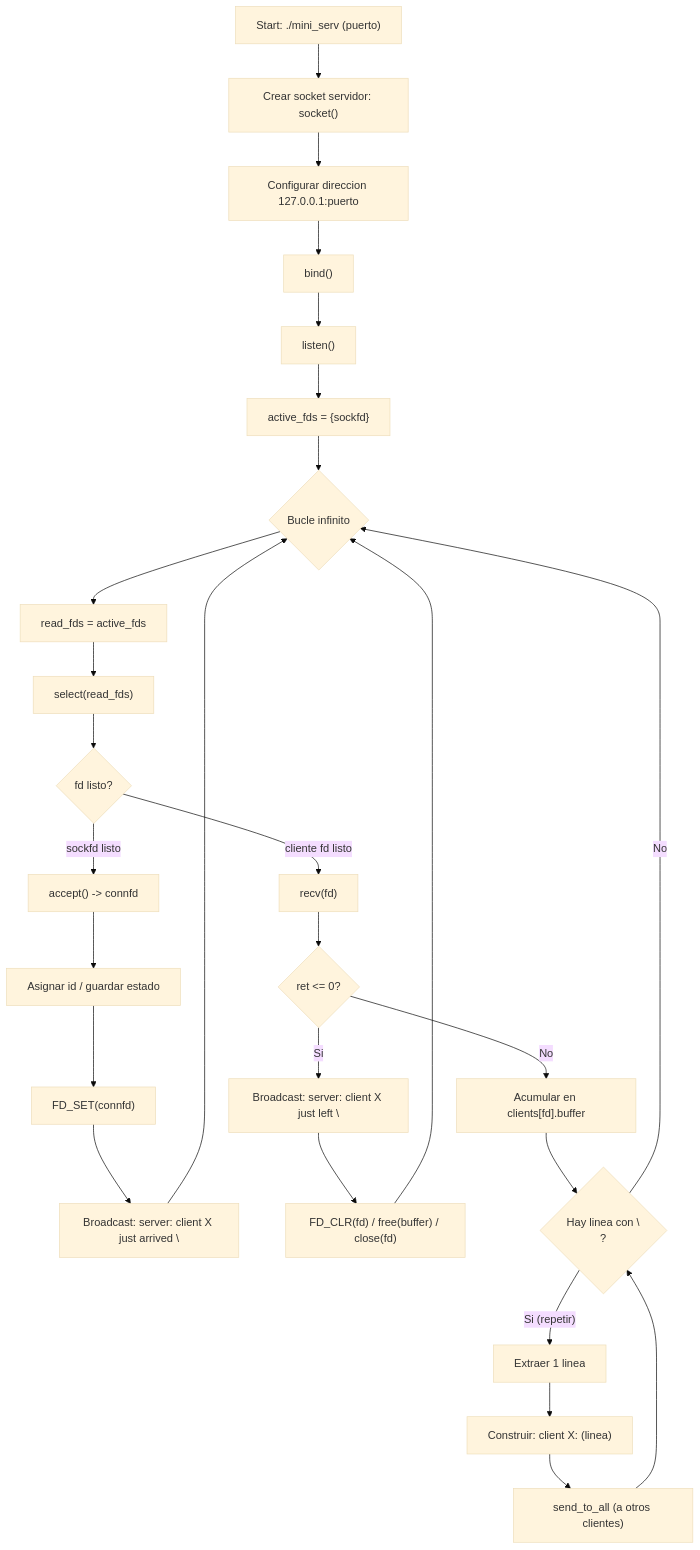
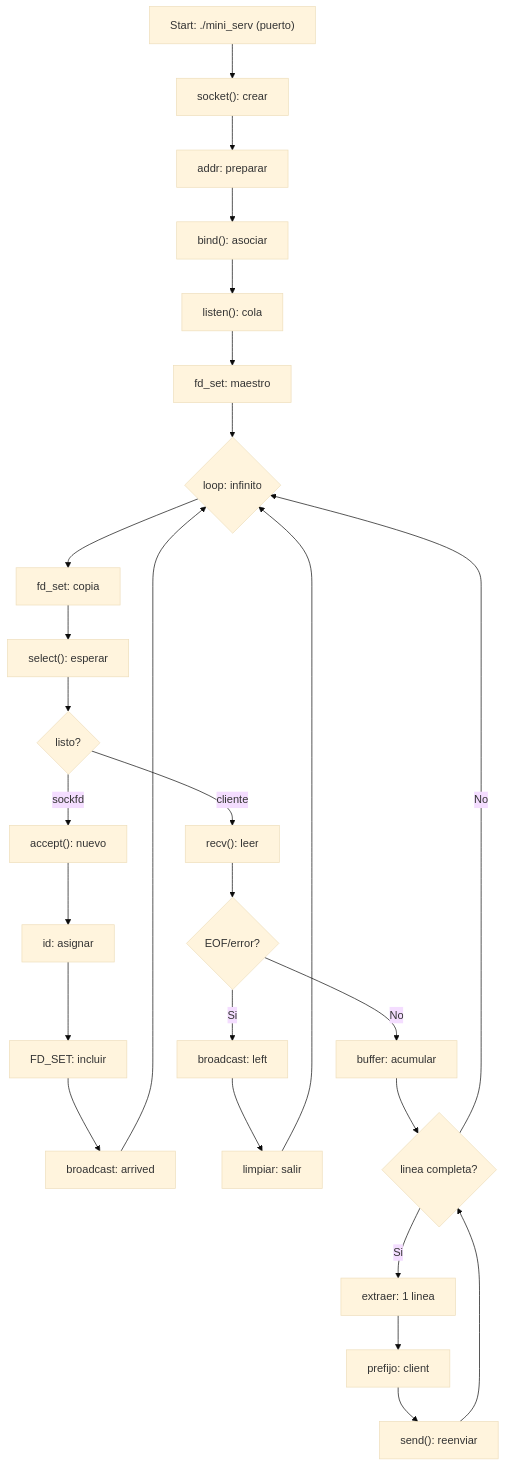
The diagram in README.md (mbolano42/Miniserver), drawn with Mermaid (base theme) before and after one commit. The commit also changed other lines of this file and 1 other file, not shown here.

Commit message:
Mejorando la comprensión del ejercicio

````diff
--- a/README.md
+++ b/README.md
@@ -142,29 +142,29 @@
 ```mermaid
 flowchart TD
-  A["Start: ./mini_serv (puerto)"] --> B["Crear socket servidor: socket()"]
-  B --> C["Configurar direccion 127.0.0.1:puerto"]
-  C --> D["bind()"]
-  D --> E["listen()"]
-  E --> F["active_fds = {sockfd}"]
-  F --> G{"Bucle infinito"}
-  G --> H["read_fds = active_fds"]
-  H --> I["select(read_fds)"]
-  I --> J{"fd listo?"}
-  J -->|"sockfd listo"| K["accept() -> connfd"]
-  K --> L["Asignar id / guardar estado"]
-  L --> M["FD_SET(connfd)"]
-  M --> N["Broadcast: server: client X just arrived \\n"]
+  A["Start: ./mini_serv (puerto)"] --> B["socket(): crear"]
+  B --> C["addr: preparar"]
+  C --> D["bind(): asociar"]
+  D --> E["listen(): cola"]
+  E --> F["fd_set: maestro"]
+  F --> G{"loop: infinito"}
+  G --> H["fd_set: copia"]
+  H --> I["select(): esperar"]
+  I --> J{"listo?"}
+  J -->|"sockfd"| K["accept(): nuevo"]
+  K --> L["id: asignar"]
+  L --> M["FD_SET: incluir"]
+  M --> N["broadcast: arrived"]
   N --> G
-  J -->|"cliente fd listo"| O["recv(fd)"]
-  O --> P{"ret <= 0?"}
-  P -->|"Si"| Q["Broadcast: server: client X just left \\n"]
-  Q --> R["FD_CLR(fd) / free(buffer) / close(fd)"]
+  J -->|"cliente"| O["recv(): leer"]
+  O --> P{"EOF/error?"}
+  P -->|"Si"| Q["broadcast: left"]
+  Q --> R["limpiar: salir"]
   R --> G
-  P -->|"No"| S["Acumular en clients[fd].buffer"]
-  S --> T{"Hay linea con \\n?"}
-  T -->|"Si (repetir)"| U["Extraer 1 linea"]
-  U --> V["Construir: client X: (linea)"]
-  V --> W["send_to_all (a otros clientes)"]
+  P -->|"No"| S["buffer: acumular"]
+  S --> T{"linea completa?"}
+  T -->|"Si"| U["extraer: 1 linea"]
+  U --> V["prefijo: client"]
+  V --> W["send(): reenviar"]
   W --> T
   T -->|"No"| G
 ```
````
